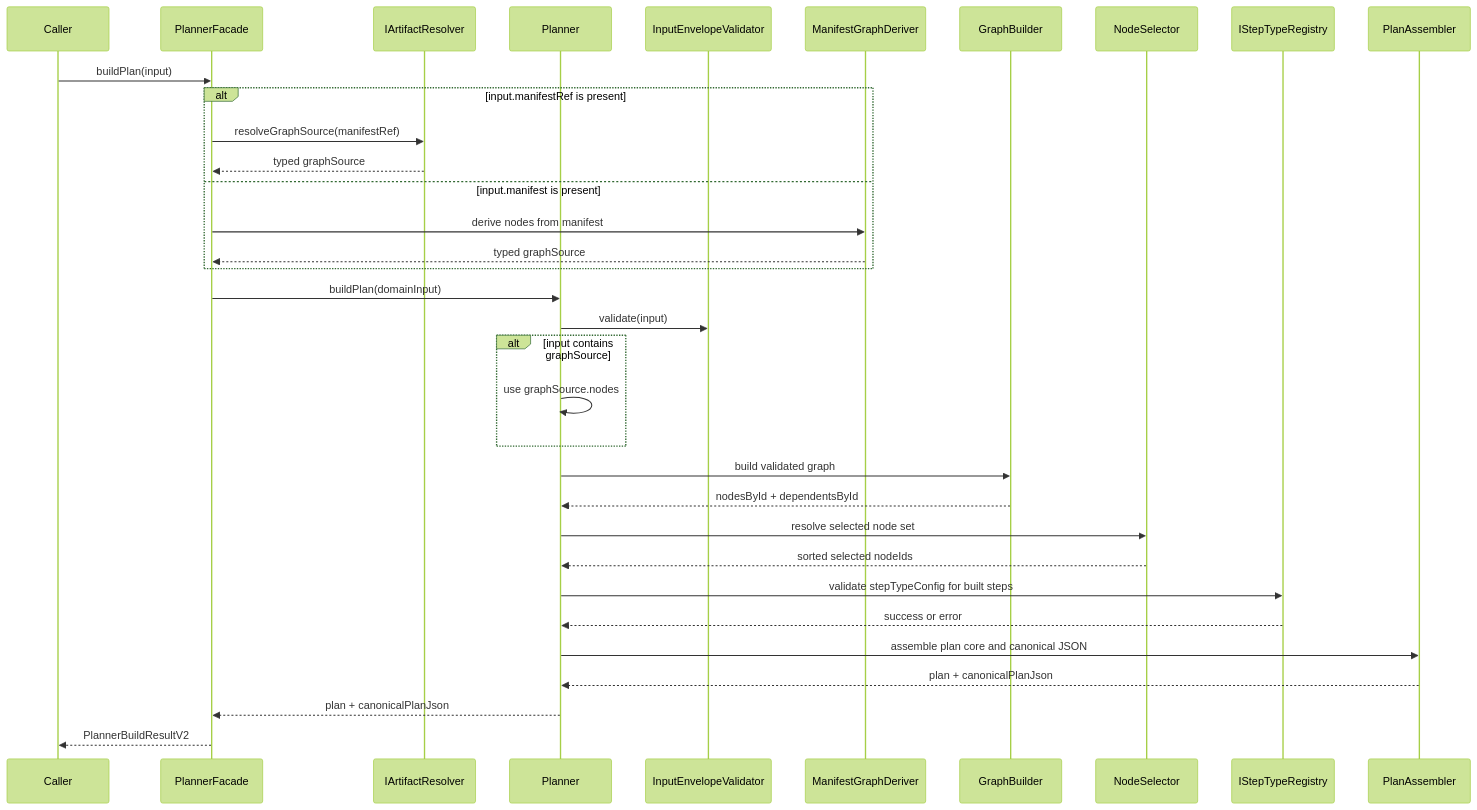
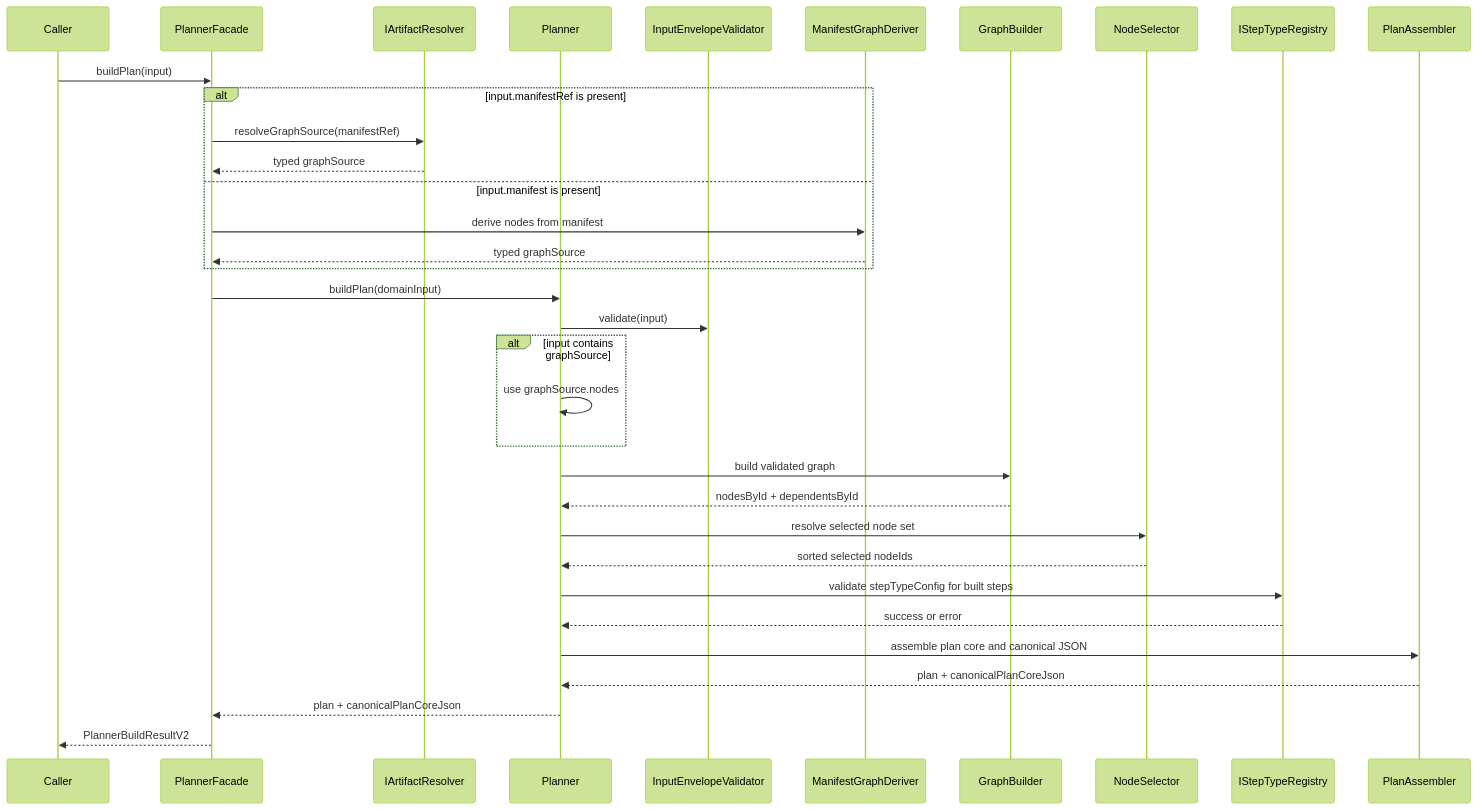
Before and after one commit to dunay2/dvt: the third of 4 diagrams in docs/planning/status/planner-current-state-assessment-20260320.md, drawn with Mermaid (forest theme). The commit also changed other lines of this file and 31 other files, not shown here.

Commit message:
refactor(contracts): Separate plan-core JSON from persisted plan JSON

````diff
--- a/docs/planning/status/planner-current-state-assessment-20260320.md
+++ b/docs/planning/status/planner-current-state-assessment-20260320.md
@@ -324,37 +324,37 @@
 ```mermaid
 sequenceDiagram
     participant Caller
     participant Facade as PlannerFacade
     participant Resolver as IArtifactResolver
     participant Core as Planner
     participant Validator as InputEnvelopeValidator
     participant Deriver as ManifestGraphDeriver
     participant Graph as GraphBuilder
     participant Selector as NodeSelector
     participant Registry as IStepTypeRegistry
     participant Assembler as PlanAssembler
 
     Caller->>Facade: buildPlan(input)
     alt input.manifestRef is present
         Facade->>Resolver: resolveGraphSource(manifestRef)
         Resolver-->>Facade: typed graphSource
     else input.manifest is present
         Facade->>Deriver: derive nodes from manifest
         Deriver-->>Facade: typed graphSource
     end
     Facade->>Core: buildPlan(domainInput)
     Core->>Validator: validate(input)
     alt input contains graphSource
         Core->>Core: use graphSource.nodes
     end
     Core->>Graph: build validated graph
     Graph-->>Core: nodesById + dependentsById
     Core->>Selector: resolve selected node set
     Selector-->>Core: sorted selected nodeIds
     Core->>Registry: validate stepTypeConfig for built steps
     Registry-->>Core: success or error
     Core->>Assembler: assemble plan core and canonical JSON
-    Assembler-->>Core: plan + canonicalPlanJson
-    Core-->>Facade: plan + canonicalPlanJson
+    Assembler-->>Core: plan + canonicalPlanCoreJson
+    Core-->>Facade: plan + canonicalPlanCoreJson
     Facade-->>Caller: PlannerBuildResultV2
 ```
````
